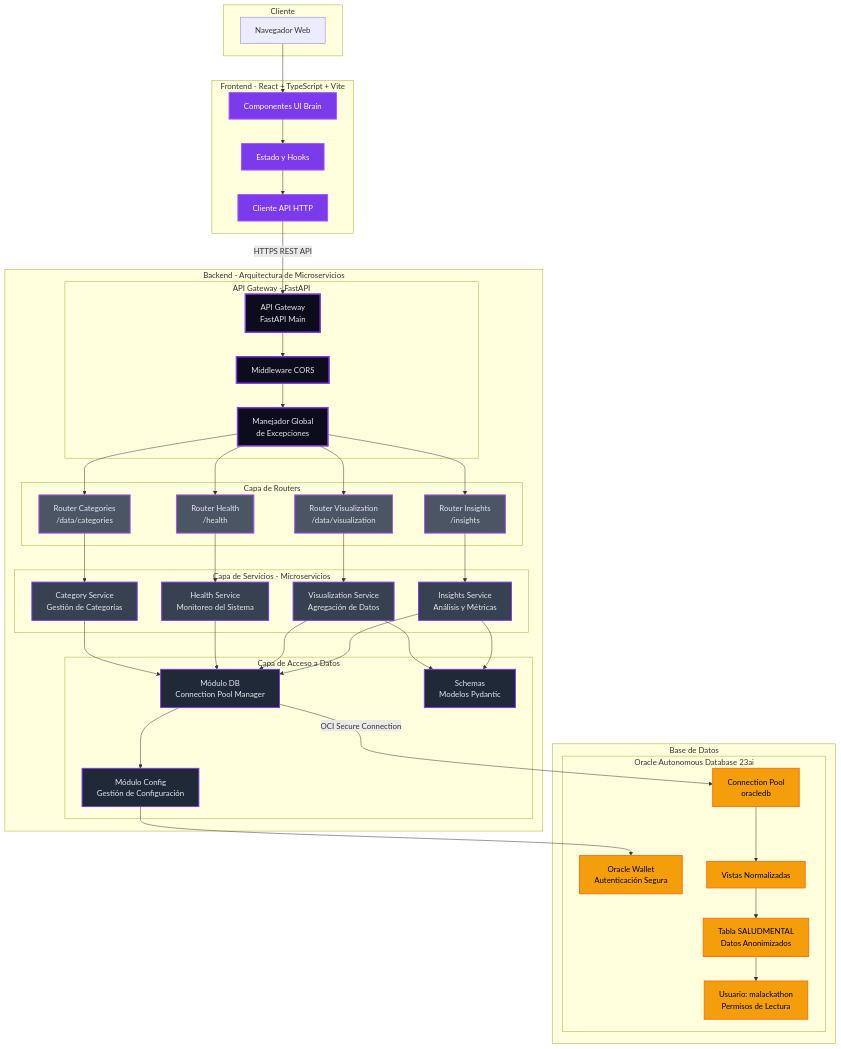
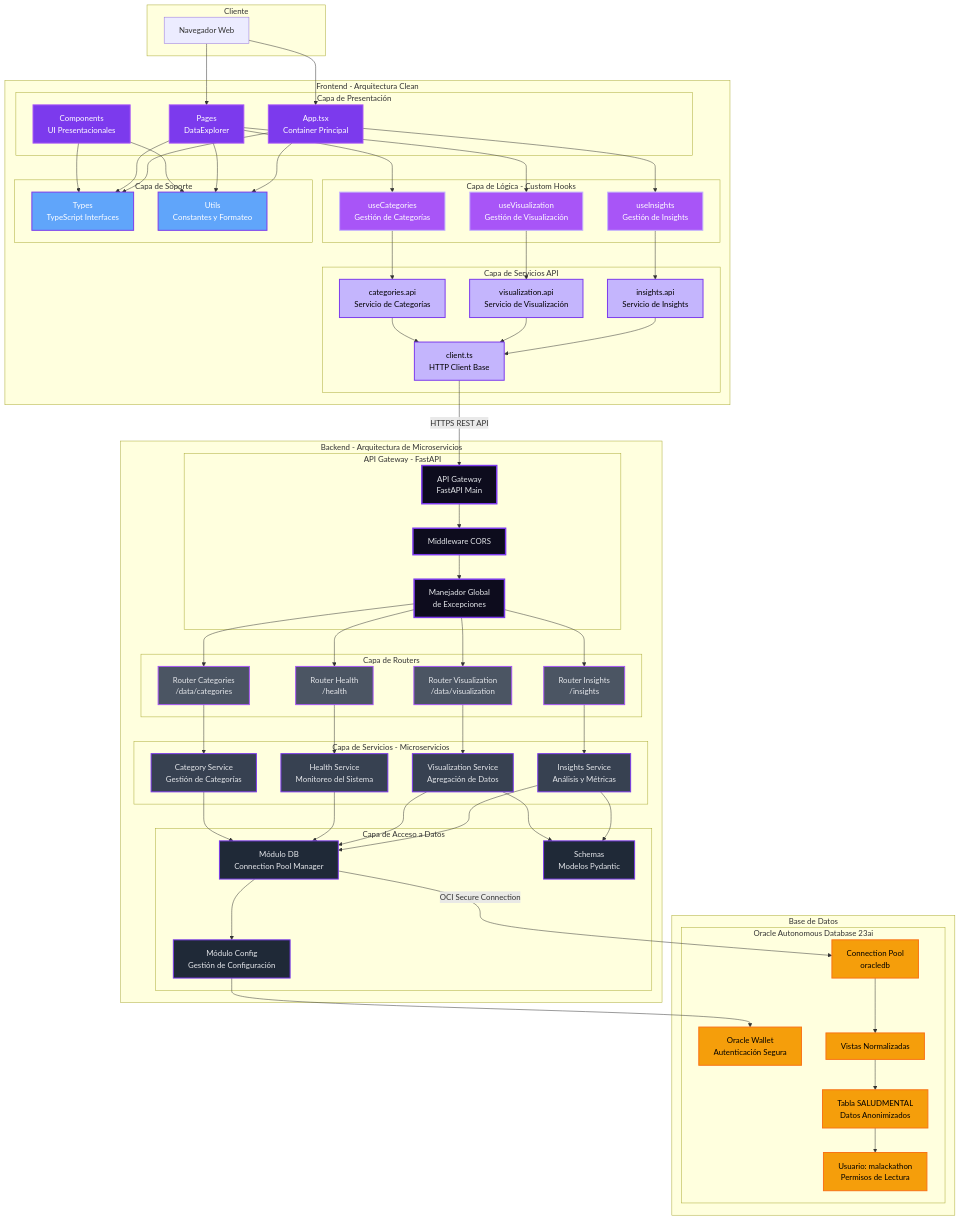
The diagram in docs/arquitectura_webapp.md (arrozet/malackathon25), drawn with Mermaid before and after one commit. The commit also changed other lines of this file and 17 other files, not shown here.

Commit message:
Refactor front - Clean architecture

```diff
--- a/docs/arquitectura_webapp.md
+++ b/docs/arquitectura_webapp.md
@@ -12,10 +12,30 @@
         Browser[Navegador Web]
     end
     
-    subgraph "Frontend - React + TypeScript + Vite"
-        UI[Componentes UI Brain]
-        State[Estado y Hooks]
-        APIClient[Cliente API HTTP]
+    subgraph "Frontend - Arquitectura Clean"
+        subgraph "Capa de Presentación"
+            App[App.tsx<br/>Container Principal]
+            Pages[Pages<br/>DataExplorer]
+            Components[Components<br/>UI Presentacionales]
+        end
+        
+        subgraph "Capa de Lógica - Custom Hooks"
+            HookInsights[useInsights<br/>Gestión de Insights]
+            HookViz[useVisualization<br/>Gestión de Visualización]
+            HookCat[useCategories<br/>Gestión de Categorías]
+        end
+        
+        subgraph "Capa de Servicios API"
+            APIInsights[insights.api<br/>Servicio de Insights]
+            APIViz[visualization.api<br/>Servicio de Visualización]
+            APICat[categories.api<br/>Servicio de Categorías]
+            APIClient[client.ts<br/>HTTP Client Base]
+        end
+        
+        subgraph "Capa de Soporte"
+            Types[Types<br/>TypeScript Interfaces]
+            Utils[Utils<br/>Constantes y Formateo]
+        end
     end
     
     subgraph "Backend - Arquitectura de Microservicios"
@@ -56,10 +76,34 @@
         end
     end
     
-    %% Flujo Frontend -> Gateway
-    Browser --> UI
-    UI --> State
-    State --> APIClient
+    %% Flujo Browser -> Frontend
+    Browser --> App
+    Browser --> Pages
+    
+    %% Flujo Frontend: Presentación -> Hooks
+    App --> HookInsights
+    Pages --> HookViz
+    Pages --> HookCat
+    
+    %% Flujo Frontend: Hooks -> API Services
+    HookInsights --> APIInsights
+    HookViz --> APIViz
+    HookCat --> APICat
+    
+    %% Flujo Frontend: API Services -> HTTP Client
+    APIInsights --> APIClient
+    APIViz --> APIClient
+    APICat --> APIClient
+    
+    %% Flujo Frontend: Components usan Types y Utils
+    App --> Types
+    App --> Utils
+    Pages --> Types
+    Pages --> Utils
+    Components --> Types
+    Components --> Utils
+    
+    %% Flujo Frontend -> Backend
     APIClient -->|HTTPS REST API| Gateway
     
     %% Gateway -> Middleware
@@ -97,14 +141,20 @@
     TableSM --> UserMalackathon
     
     %% Estilos
-    classDef frontend fill:#7C3AED,stroke:#A855F7,stroke-width:2px,color:#fff
+    classDef frontendUI fill:#7C3AED,stroke:#A855F7,stroke-width:2px,color:#fff
+    classDef frontendHooks fill:#A855F7,stroke:#C4B5FD,stroke-width:2px,color:#fff
+    classDef frontendAPI fill:#C4B5FD,stroke:#7C3AED,stroke-width:2px,color:#000
+    classDef frontendSupport fill:#60A5FA,stroke:#7C3AED,stroke-width:2px,color:#fff
     classDef gateway fill:#0D0C1D,stroke:#7C3AED,stroke-width:3px,color:#E5E7EB
     classDef service fill:#374151,stroke:#7C3AED,stroke-width:2px,color:#E5E7EB
     classDef router fill:#4B5563,stroke:#A855F7,stroke-width:2px,color:#E5E7EB
     classDef data fill:#1F2937,stroke:#7C3AED,stroke-width:2px,color:#E5E7EB
     classDef database fill:#F59E0B,stroke:#F97316,stroke-width:2px,color:#000
     
-    class UI,State,APIClient frontend
+    class App,Pages,Components frontendUI
+    class HookInsights,HookViz,HookCat frontendHooks
+    class APIInsights,APIViz,APICat,APIClient frontendAPI
+    class Types,Utils frontendSupport
     class Gateway,CORS,ExceptionHandler gateway
     class ServiceInsights,ServiceViz,ServiceHealth,ServiceCategories service
     class RouterInsights,RouterViz,RouterHealth,RouterCategories router
```
